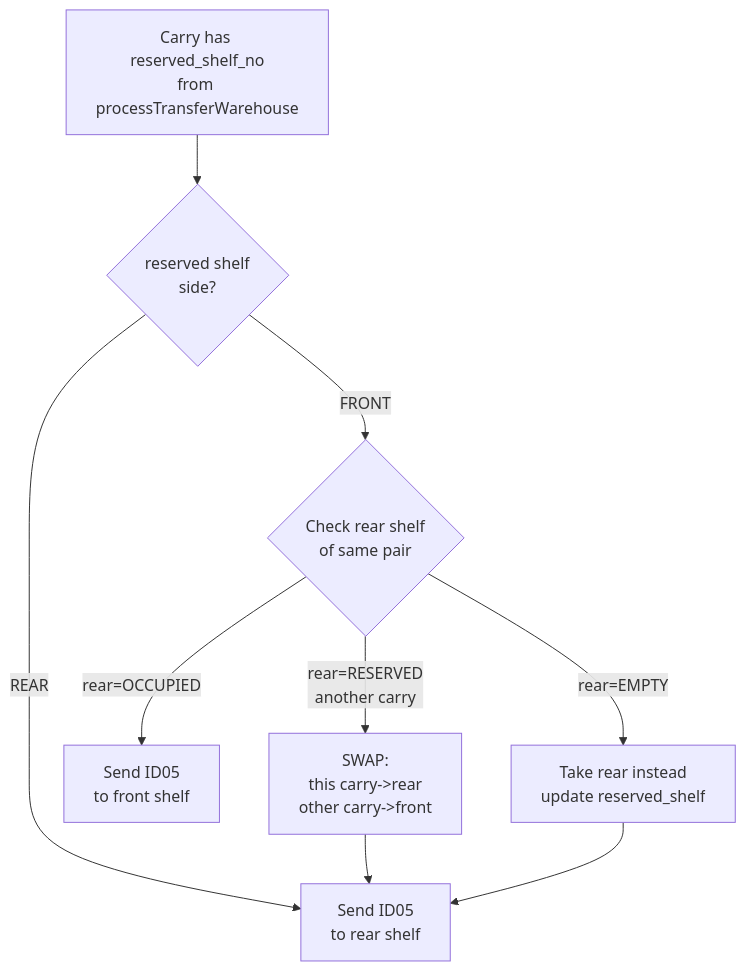
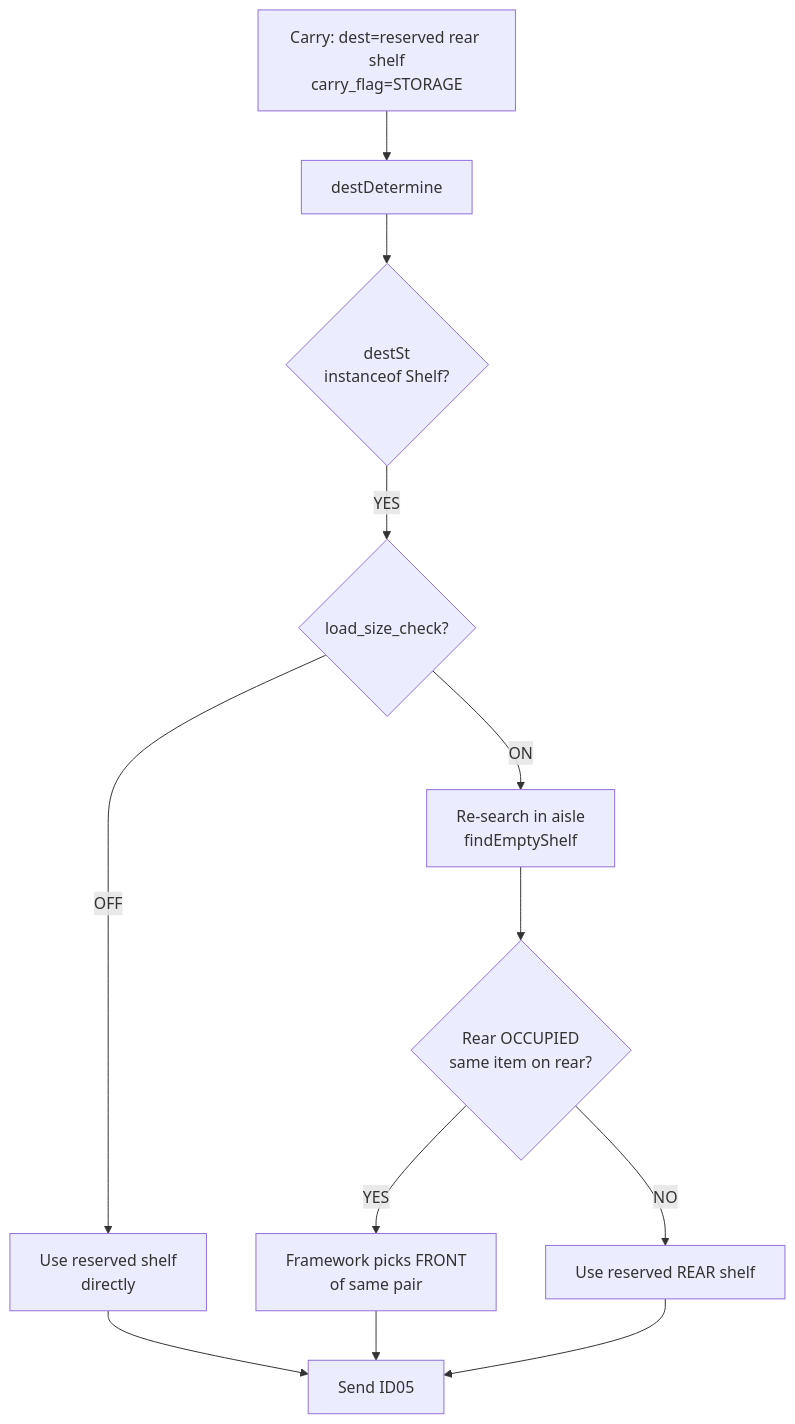
One commit to luthfiadityaa/SimeDarby-Wiki changed the third of 3 diagrams in Basic-Design/DFD-WMS/Retrieval/Transfer-Setting/Tempering-to-Ambient.md. Above: the diagram before and after it, drawn with Mermaid. The commit also changed other lines of this file, not shown here.

First line of the commit message:
#6614 Simplified transfer design: rear-only booking, no StorageSender changes

```diff
--- a/Basic-Design/DFD-WMS/Retrieval/Transfer-Setting/Tempering-to-Ambient.md
+++ b/Basic-Design/DFD-WMS/Retrieval/Transfer-Setting/Tempering-to-Ambient.md
@@ -476,11 +405,14 @@
 ::: mermaid
 flowchart TD
-    A[Carry has reserved_shelf_no<br/>from processTransferWarehouse] --> B{reserved shelf<br/>side?}
-    B -->|REAR| C[Send ID05<br/>to rear shelf]
-    B -->|FRONT| D{Check rear shelf<br/>of same pair}
-    D -->|rear=OCCUPIED| E[Send ID05<br/>to front shelf]
-    D -->|rear=RESERVED<br/>another carry| F[SWAP:<br/>this carry->rear<br/>other carry->front]
-    D -->|rear=EMPTY| G[Take rear instead<br/>update reserved_shelf]
-    F --> C
-    G --> C
+    A[Carry: dest=reserved rear shelf<br/>carry_flag=STORAGE] --> B[destDetermine]
+    B --> C{destSt<br/>instanceof Shelf?}
+    C -->|YES| D{load_size_check?}
+    D -->|ON| E[Re-search in aisle<br/>findEmptyShelf]
+    D -->|OFF| F[Use reserved shelf<br/>directly]
+    E --> G{Rear OCCUPIED<br/>same item on rear?}
+    G -->|YES| H[Framework picks FRONT<br/>of same pair]
+    G -->|NO| I[Use reserved REAR shelf]
+    F --> J[Send ID05]
+    H --> J
+    I --> J
 :::
```
